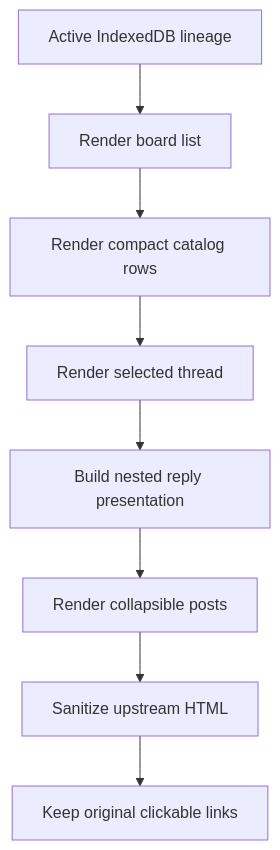
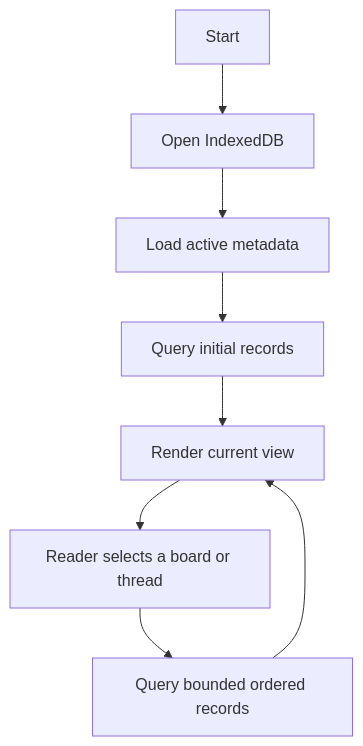
Before and after one commit to federico-paolillo/four-visor: the fourth of 4 diagrams in docs/SEED.md, drawn with Mermaid. The commit also changed other lines of this file and 3 other files, not shown here.

````diff
--- a/docs/SEED.md
+++ b/docs/SEED.md
@@ -898,10 +560,10 @@
 ```mermaid
 flowchart TD
-    Snapshot[Active IndexedDB lineage] --> Boards[Render board list]
-    Boards --> Catalog[Render compact catalog rows]
-    Catalog --> Thread[Render selected thread]
-    Thread --> Nested[Build nested reply presentation]
-    Nested --> Posts[Render collapsible posts]
-    Posts --> Sanitize[Sanitize upstream HTML]
-    Sanitize --> Links[Keep original clickable links]
+    Start --> Open[Open IndexedDB]
+    Open --> Metadata[Load active metadata]
+    Metadata --> Initial[Query initial records]
+    Initial --> Render[Render current view]
+    Render --> Select[Reader selects a board or thread]
+    Select --> Query[Query bounded ordered records]
+    Query --> Render
 ```
````
